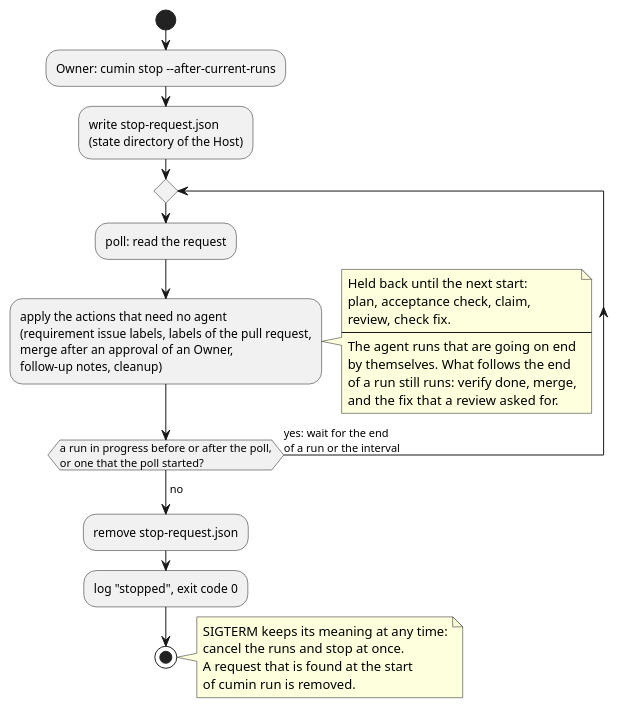
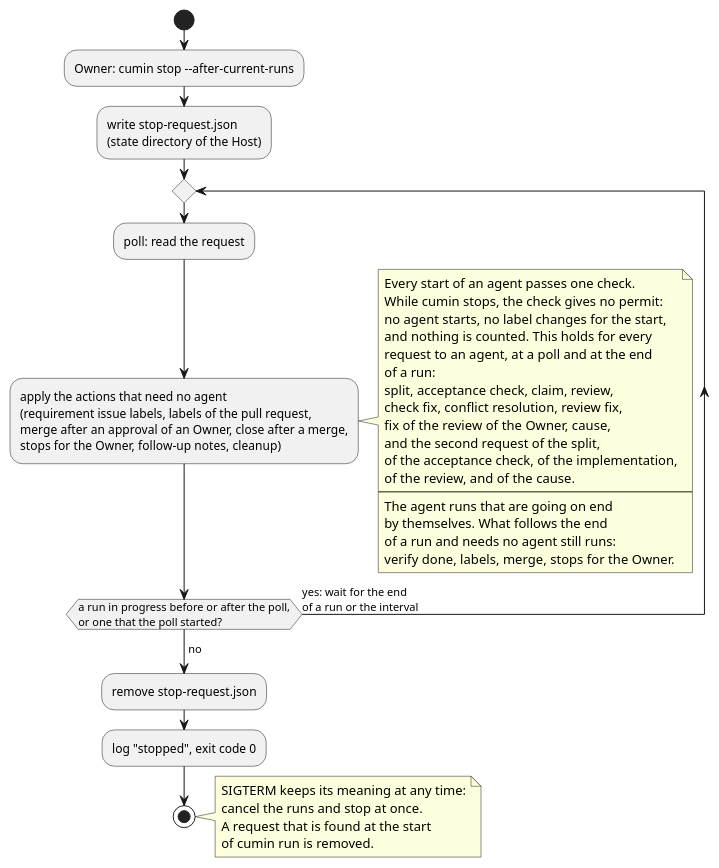
The diagram in docs/ja/designs/cumin-stop-after-runs.puml (cloveclovedev/cumin-works), drawn with PlantUML before and after one commit. The commit also changed 13 other files, not shown here.

First line of the commit message:
feat(workflow): pass every start of an agent through one check (#571)

```diff
--- a/docs/ja/designs/cumin-stop-after-runs.puml
+++ b/docs/ja/designs/cumin-stop-after-runs.puml
@@ -1,40 +1,49 @@
 @startuml cumin-stop-after-runs
 ' cumin works - the stop after the current runs: cumin finishes the agent runs and starts no new work before it exits.
 ' Document: cumin-core.md, topic on the stop after the runs.
 ' Render: run scripts/render-diagrams.sh at the root of the repository.
 skinparam shadowing false
 skinparam defaultFontName sans-serif
 
 start
 :Owner: cumin stop --after-current-runs;
 :write stop-request.json
 (state directory of the Host);
 repeat
   :poll: read the request;
   :apply the actions that need no agent
   (requirement issue labels, labels of the pull request,
-  merge after an approval of an Owner,
-  follow-up notes, cleanup);
+  merge after an approval of an Owner, close after a merge,
+  stops for the Owner, follow-up notes, cleanup);
   note right
-    Held back until the next start:
-    plan, acceptance check, claim,
-    review, check fix.
+    Every start of an agent passes one check.
+    While cumin stops, the check gives no permit:
+    no agent starts, no label changes for the start,
+    and nothing is counted. This holds for every
+    request to an agent, at a poll and at the end
+    of a run:
+    split, acceptance check, claim, review,
+    check fix, conflict resolution, review fix,
+    fix of the review of the Owner, cause,
+    and the second request of the split,
+    of the acceptance check, of the implementation,
+    of the review, and of the cause.
     ----
     The agent runs that are going on end
     by themselves. What follows the end
-    of a run still runs: verify done, merge,
-    and the fix that a review asked for.
+    of a run and needs no agent still runs:
+    verify done, labels, merge, stops for the Owner.
   end note
 repeat while (a run in progress before or after the poll,\nor one that the poll started?) is (yes: wait for the end\nof a run or the interval)
 ->no;
 :remove stop-request.json;
 :log "stopped", exit code 0;
 stop
 
 note right
   SIGTERM keeps its meaning at any time:
   cancel the runs and stop at once.
   A request that is found at the start
   of cumin run is removed.
 end note
 @enduml
```
